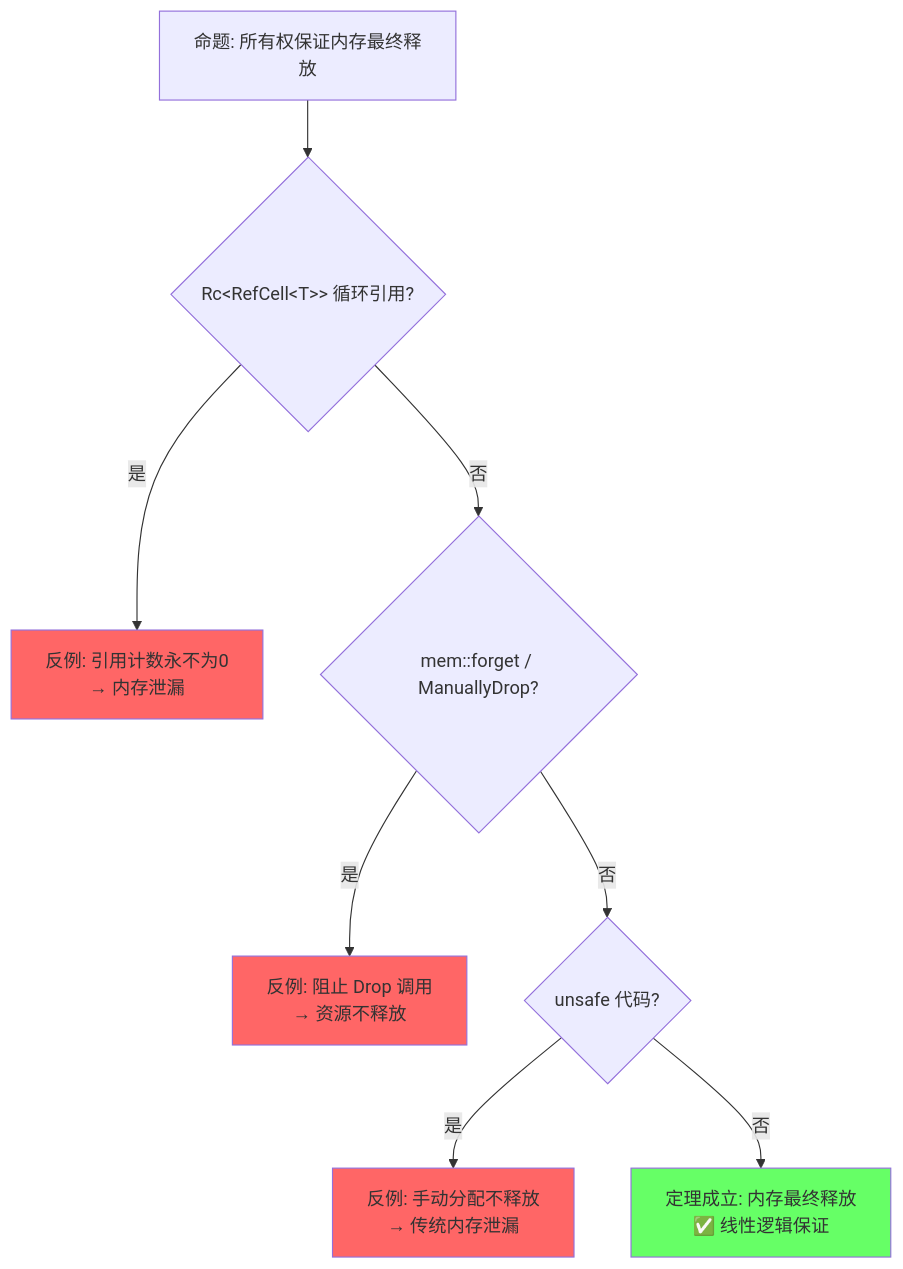
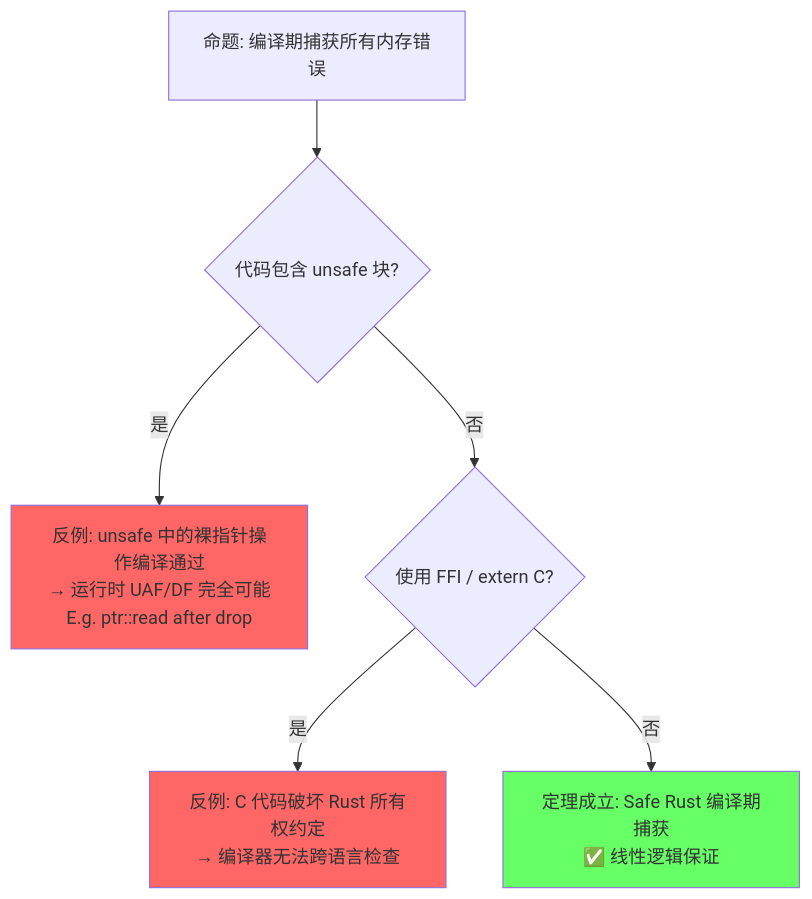
Before and after one commit to martin-ly/rust-lang: the fourth of 7 diagrams in concept/01_foundation/01_ownership.md, drawn with Mermaid. The commit also changed other lines of this file and 12 other files, not shown here.

````diff
--- a/concept/01_foundation/01_ownership.md
+++ b/concept/01_foundation/01_ownership.md
@@ -308,15 +333,12 @@
 ```mermaid
 graph TD
-    P["命题: 所有权保证内存最终释放"] --> Q1{"Rc&lt;RefCell&lt;T&gt;&gt; 循环引用?"}
-    Q1 -->|是| F1["反例: 引用计数永不为0<br/>→ 内存泄漏"]
-    Q1 -->|否| Q2{"mem::forget / ManuallyDrop?"}
-    Q2 -->|是| F2["反例: 阻止 Drop 调用<br/>→ 资源不释放"]
-    Q2 -->|否| Q3{"unsafe 代码?"}
-    Q3 -->|是| F3["反例: 手动分配不释放<br/>→ 传统内存泄漏"]
-    Q3 -->|否| T["定理成立: 内存最终释放<br/>✅ 线性逻辑保证"]
+    P1["命题: 编译期捕获所有内存错误"] --> Q1{"代码包含 unsafe 块?"}
+    Q1 -->|是| F1["反例: unsafe 中的裸指针操作编译通过<br/>→ 运行时 UAF/DF 完全可能<br/>E.g. ptr::read after drop"]
+    Q1 -->|否| Q2{"使用 FFI / extern C?"}
+    Q2 -->|是| F2["反例: C 代码破坏 Rust 所有权约定<br/>→ 编译器无法跨语言检查"]
+    Q2 -->|否| T1["定理成立: Safe Rust 编译期捕获<br/>✅ 线性逻辑保证"]
 
     style F1 fill:#f66
     style F2 fill:#f66
-    style F3 fill:#f66
-    style T fill:#6f6
+    style T1 fill:#6f6
 ```
````
